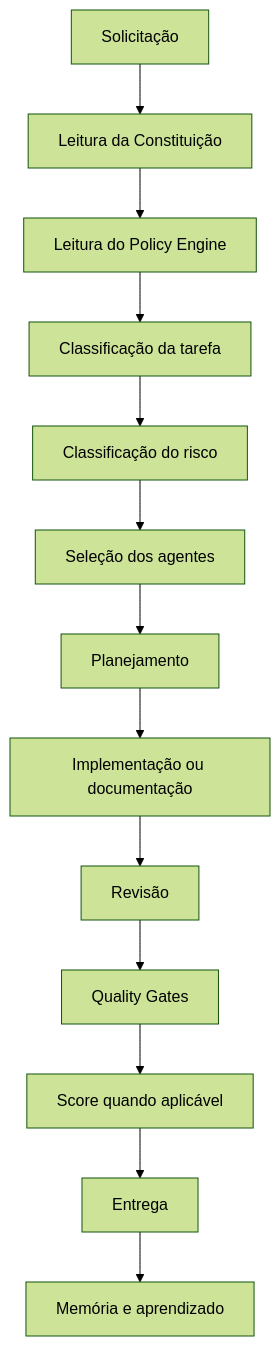
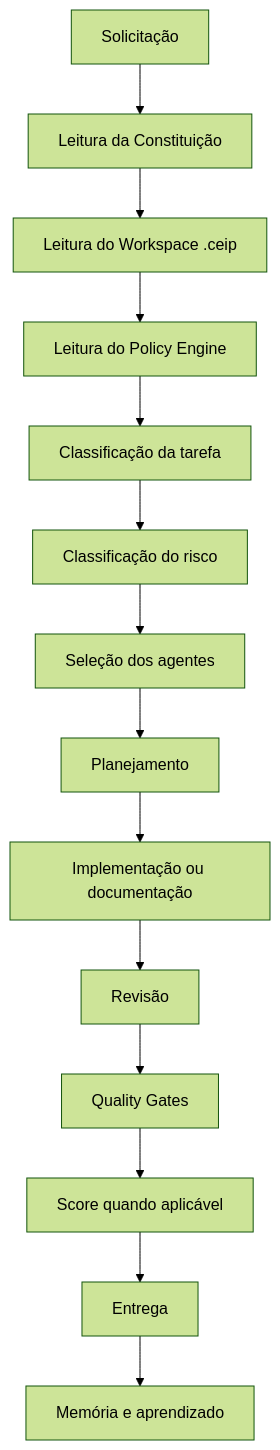
The diagram in MANUAL_DE_USO.md (thyags/method-ceip), drawn with Mermaid (forest theme) before and after one commit. The commit also changed other lines of this file and 45 other files, not shown here.

Commit message:
Add CEIP Core Workspace architecture

````diff
--- a/MANUAL_DE_USO.md
+++ b/MANUAL_DE_USO.md
@@ -209,15 +258,16 @@
 ```mermaid
 flowchart TD
     A["Solicitação"] --> B["Leitura da Constituição"]
-    B --> C["Leitura do Policy Engine"]
+    B --> B2["Leitura do Workspace .ceip"]
+    B2 --> C["Leitura do Policy Engine"]
     C --> D["Classificação da tarefa"]
     D --> E["Classificação do risco"]
     E --> F["Seleção dos agentes"]
     F --> G["Planejamento"]
     G --> H["Implementação ou documentação"]
     H --> I["Revisão"]
     I --> J["Quality Gates"]
     J --> K["Score quando aplicável"]
     K --> L["Entrega"]
     L --> M["Memória e aprendizado"]
 ```
````
